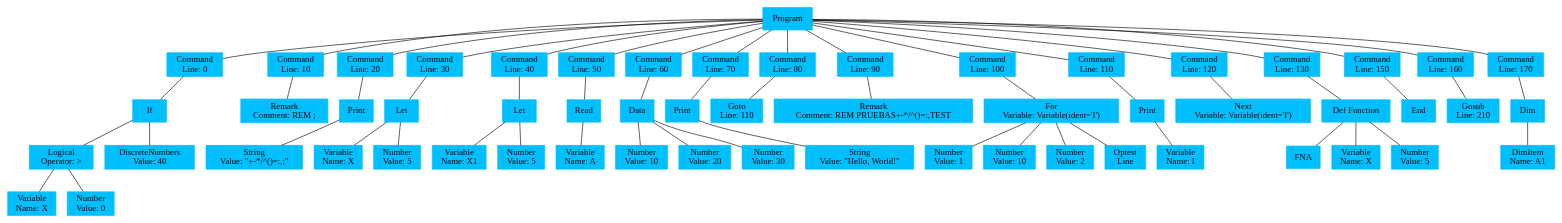
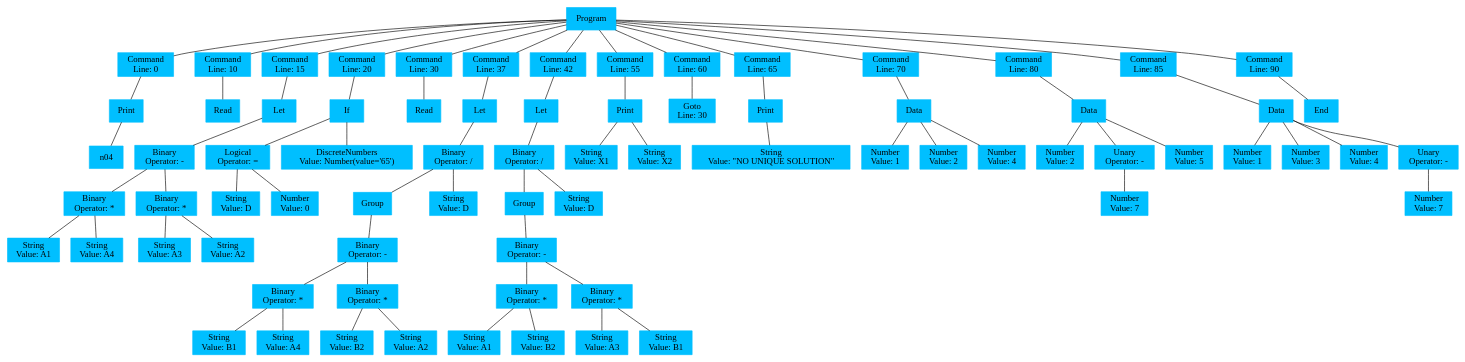
One commit to mishi233/Compilador-de-Basic-con-python-sly changed the diagram in output.dot. Above: the diagram before and after it, drawn with Graphviz. The commit also changed 28 other files, not shown here.

```diff
--- a/output.dot
+++ b/output.dot
@@ -4,161 +4,211 @@
 	n01 [label=Program]
 	n02 [label="Command
 Line: 0"]
-	n03 [label=If]
-	n04 [label="Logical
-Operator: >"]
-	n05 [label="Variable
-Name: X"]
-	n04 -> n05
-	n06 [label="Number
-Value: 0"]
-	n04 -> n06
+	n03 [label=Print]
+	n04
 	n03 -> n04
-	n07 [label="DiscreteNumbers
-Value: 40"]
-	n03 -> n07
 	n02 -> n03
 	n01 -> n02
-	n08 [label="Command
+	n05 [label="Command
 Line: 10"]
-	n09 [label="Remark
-Comment: REM ;
-"]
+	n06 [label=Read]
+	n05 -> n06
+	n01 -> n05
+	n07 [label="Command
+Line: 15"]
+	n08 [label=Let]
+	n09 [label="Binary
+Operator: -"]
+	n10 [label="Binary
+Operator: *"]
+	n11 [label="String
+Value: A1"]
+	n10 -> n11
+	n12 [label="String
+Value: A4"]
+	n10 -> n12
+	n09 -> n10
+	n13 [label="Binary
+Operator: *"]
+	n14 [label="String
+Value: A3"]
+	n13 -> n14
+	n15 [label="String
+Value: A2"]
+	n13 -> n15
+	n09 -> n13
 	n08 -> n09
-	n01 -> n08
-	n10 [label="Command
+	n07 -> n08
+	n01 -> n07
+	n16 [label="Command
 Line: 20"]
-	n11 [label=Print]
-	n12 [label="String
-Value: \"+-*/^()=:,;\""]
-	n11 -> n12
-	n10 -> n11
-	n01 -> n10
-	n13 [label="Command
-Line: 30"]
-	n14 [label=Let]
-	n15 [label="Variable
-Name: X"]
-	n14 -> n15
-	n16 [label="Number
-Value: 5"]
-	n14 -> n16
-	n13 -> n14
-	n01 -> n13
-	n17 [label="Command
-Line: 40"]
-	n18 [label=Let]
-	n19 [label="Variable
-Name: X1"]
+	n17 [label=If]
+	n18 [label="Logical
+Operator: ="]
+	n19 [label="String
+Value: D"]
 	n18 -> n19
 	n20 [label="Number
-Value: 5"]
+Value: 0"]
 	n18 -> n20
 	n17 -> n18
-	n01 -> n17
-	n21 [label="Command
-Line: 50"]
-	n22 [label=Read]
-	n23 [label="Variable
-Name: A"]
+	n21 [label="DiscreteNumbers
+Value: Number(value='65')"]
+	n17 -> n21
+	n16 -> n17
+	n01 -> n16
+	n22 [label="Command
+Line: 30"]
+	n23 [label=Read]
 	n22 -> n23
-	n21 -> n22
-	n01 -> n21
+	n01 -> n22
 	n24 [label="Command
-Line: 60"]
-	n25 [label=Data]
-	n26 [label="Number
-Value: 10"]
+Line: 37"]
+	n25 [label=Let]
+	n26 [label="Binary
+Operator: /"]
+	n27 [label=Group]
+	n28 [label="Binary
+Operator: -"]
+	n29 [label="Binary
+Operator: *"]
+	n30 [label="String
+Value: B1"]
+	n29 -> n30
+	n31 [label="String
+Value: A4"]
+	n29 -> n31
+	n28 -> n29
+	n32 [label="Binary
+Operator: *"]
+	n33 [label="String
+Value: B2"]
+	n32 -> n33
+	n34 [label="String
+Value: A2"]
+	n32 -> n34
+	n28 -> n32
+	n27 -> n28
+	n26 -> n27
+	n35 [label="String
+Value: D"]
+	n26 -> n35
 	n25 -> n26
-	n27 [label="Number
-Value: 20"]
-	n25 -> n27
-	n28 [label="Number
-Value: 30"]
-	n25 -> n28
 	n24 -> n25
 	n01 -> n24
-	n29 [label="Command
-Line: 70"]
-	n30 [label=Print]
-	n31 [label="String
-Value: \"Hello, World!\""]
-	n30 -> n31
-	n29 -> n30
-	n01 -> n29
-	n32 [label="Command
-Line: 80"]
-	n33 [label="Goto
-Line: 110"]
-	n32 -> n33
-	n01 -> n32
-	n34 [label="Command
-Line: 90"]
-	n35 [label="Remark
-Comment: REM PRUEBAS+-*/^()=:,TEST
-"]
-	n34 -> n35
-	n01 -> n34
 	n36 [label="Command
-Line: 100"]
-	n37 [label="For
-Variable: Variable(ident='I')"]
-	n38 [label="Number
-Value: 1"]
+Line: 42"]
+	n37 [label=Let]
+	n38 [label="Binary
+Operator: /"]
+	n39 [label=Group]
+	n40 [label="Binary
+Operator: -"]
+	n41 [label="Binary
+Operator: *"]
+	n42 [label="String
+Value: A1"]
+	n41 -> n42
+	n43 [label="String
+Value: B2"]
+	n41 -> n43
+	n40 -> n41
+	n44 [label="Binary
+Operator: *"]
+	n45 [label="String
+Value: A3"]
+	n44 -> n45
+	n46 [label="String
+Value: B1"]
+	n44 -> n46
+	n40 -> n44
+	n39 -> n40
+	n38 -> n39
+	n47 [label="String
+Value: D"]
+	n38 -> n47
 	n37 -> n38
-	n39 [label="Number
-Value: 10"]
-	n37 -> n39
-	n40 [label="Number
-Value: 2"]
-	n37 -> n40
-	n37 -> "Optest
-Line":" 2"
 	n36 -> n37
 	n01 -> n36
-	n41 [label="Command
-Line: 110"]
-	n42 [label=Print]
-	n43 [label="Variable
-Name: I"]
-	n42 -> n43
-	n41 -> n42
-	n01 -> n41
-	n44 [label="Command
-Line: 120"]
-	n45 [label="Next
-Variable: Variable(ident='I')"]
-	n44 -> n45
-	n01 -> n44
-	n46 [label="Command
-Line: 130"]
-	n47 [label="Def Function"]
-	n47 -> FNA
-	n48 [label="Variable
-Name: X"]
-	n47 -> n48
-	n49 [label="Number
-Value: 5"]
-	n47 -> n49
-	n46 -> n47
-	n01 -> n46
-	n50 [label="Command
-Line: 150"]
-	n51 [label=End]
-	n50 -> n51
-	n01 -> n50
+	n48 [label="Command
+Line: 55"]
+	n49 [label=Print]
+	n50 [label="String
+Value: X1"]
+	n49 -> n50
+	n51 [label="String
+Value: X2"]
+	n49 -> n51
+	n48 -> n49
+	n01 -> n48
 	n52 [label="Command
-Line: 160"]
-	n53 [label="Gosub
-Line: 210"]
+Line: 60"]
+	n53 [label="Goto
+Line: 30"]
 	n52 -> n53
 	n01 -> n52
 	n54 [label="Command
-Line: 170"]
-	n55 [label=Dim]
-	n56 [label="DimItem
-Name: A1"]
+Line: 65"]
+	n55 [label=Print]
+	n56 [label="String
+Value: \"NO UNIQUE SOLUTION\""]
 	n55 -> n56
 	n54 -> n55
 	n01 -> n54
+	n57 [label="Command
+Line: 70"]
+	n58 [label=Data]
+	n59 [label="Number
+Value: 1"]
+	n58 -> n59
+	n60 [label="Number
+Value: 2"]
+	n58 -> n60
+	n61 [label="Number
+Value: 4"]
+	n58 -> n61
+	n57 -> n58
+	n01 -> n57
+	n62 [label="Command
+Line: 80"]
+	n63 [label=Data]
+	n64 [label="Number
+Value: 2"]
+	n63 -> n64
+	n65 [label="Unary
+Operator: -"]
+	n66 [label="Number
+Value: 7"]
+	n65 -> n66
+	n63 -> n65
+	n67 [label="Number
+Value: 5"]
+	n63 -> n67
+	n62 -> n63
+	n01 -> n62
+	n68 [label="Command
+Line: 85"]
+	n69 [label=Data]
+	n70 [label="Number
+Value: 1"]
+	n69 -> n70
+	n71 [label="Number
+Value: 3"]
+	n69 -> n71
+	n72 [label="Number
+Value: 4"]
+	n69 -> n72
+	n73 [label="Unary
+Operator: -"]
+	n74 [label="Number
+Value: 7"]
+	n73 -> n74
+	n69 -> n73
+	n68 -> n69
+	n01 -> n68
+	n75 [label="Command
+Line: 90"]
+	n76 [label=End]
+	n75 -> n76
+	n01 -> n75
 }
```
